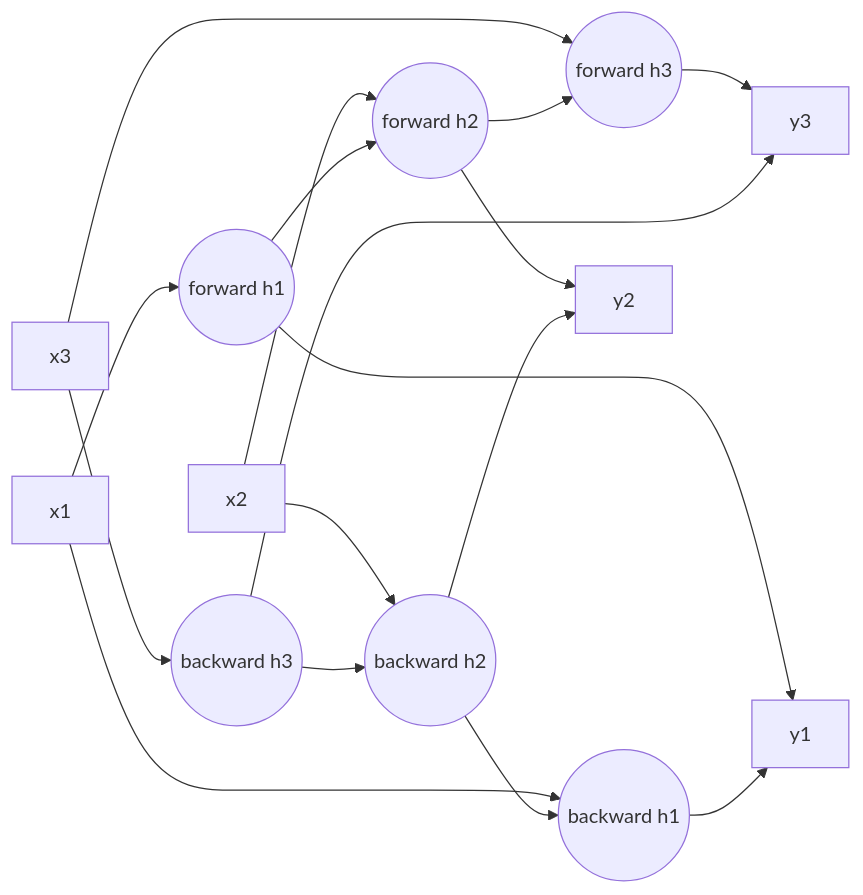
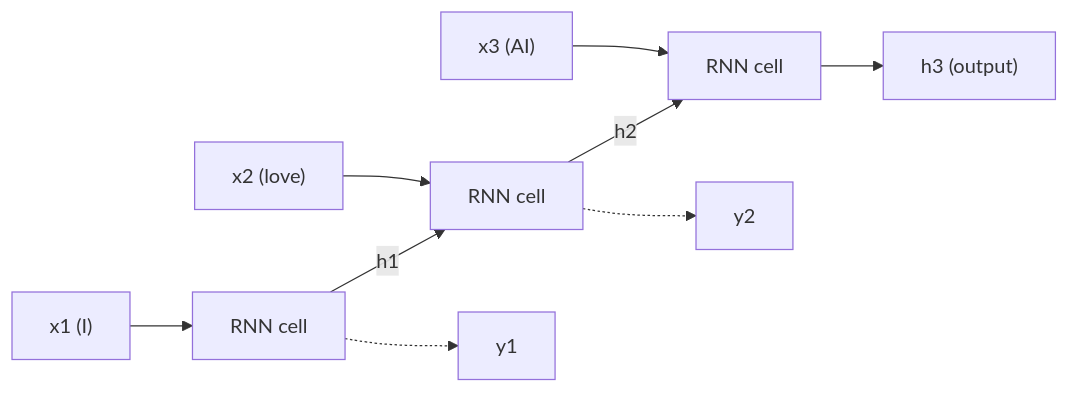
One commit to TrendySloth1001/sem-seven-notes changed the first of 6 diagrams in content/deep-learning/notes/rnn.hi.mdx. Above: the diagram before and after it, drawn with Mermaid. The commit also changed other lines of this file and 186 other files, not shown here.

````diff
--- a/content/deep-learning/notes/rnn.hi.mdx
+++ b/content/deep-learning/notes/rnn.hi.mdx
@@ -344,18 +111,12 @@
 ```mermaid
-%% caption: Teen steps pe ek bidirectional RNN. Upar wali row left se right padhti hai, neeche wali right se left. Har output dono ko jodta hai, isliye y2 ko x1 aur x3 dono pata hain.
+%% caption: Ek RNN cell baar-baar use hota hai. Left ka loop aur right ki chain ek hi cheez hain (loop ko time mein khol diya gaya hai).
 flowchart LR
-  X1["x1"] --> F1
-  X2["x2"] --> F2
-  X3["x3"] --> F3
-  X1 --> B1
-  X2 --> B2
-  X3 --> B3
-  F1(("forward h1")) --> F2(("forward h2")) --> F3(("forward h3"))
-  B3(("backward h3")) --> B2(("backward h2")) --> B1(("backward h1"))
-  F1 --> Y1["y1"]
-  B1 --> Y1
-  F2 --> Y2["y2"]
-  B2 --> Y2
-  F3 --> Y3["y3"]
-  B3 --> Y3
+  X1["x1 (I)"] --> C1["RNN cell"]
+  C1 -->|"h1"| C2["RNN cell"]
+  X2["x2 (love)"] --> C2
+  C2 -->|"h2"| C3["RNN cell"]
+  X3["x3 (AI)"] --> C3
+  C3 --> H3["h3 (output)"]
+  C1 -.-> Y1["y1"]
+  C2 -.-> Y2["y2"]
 ```
````
